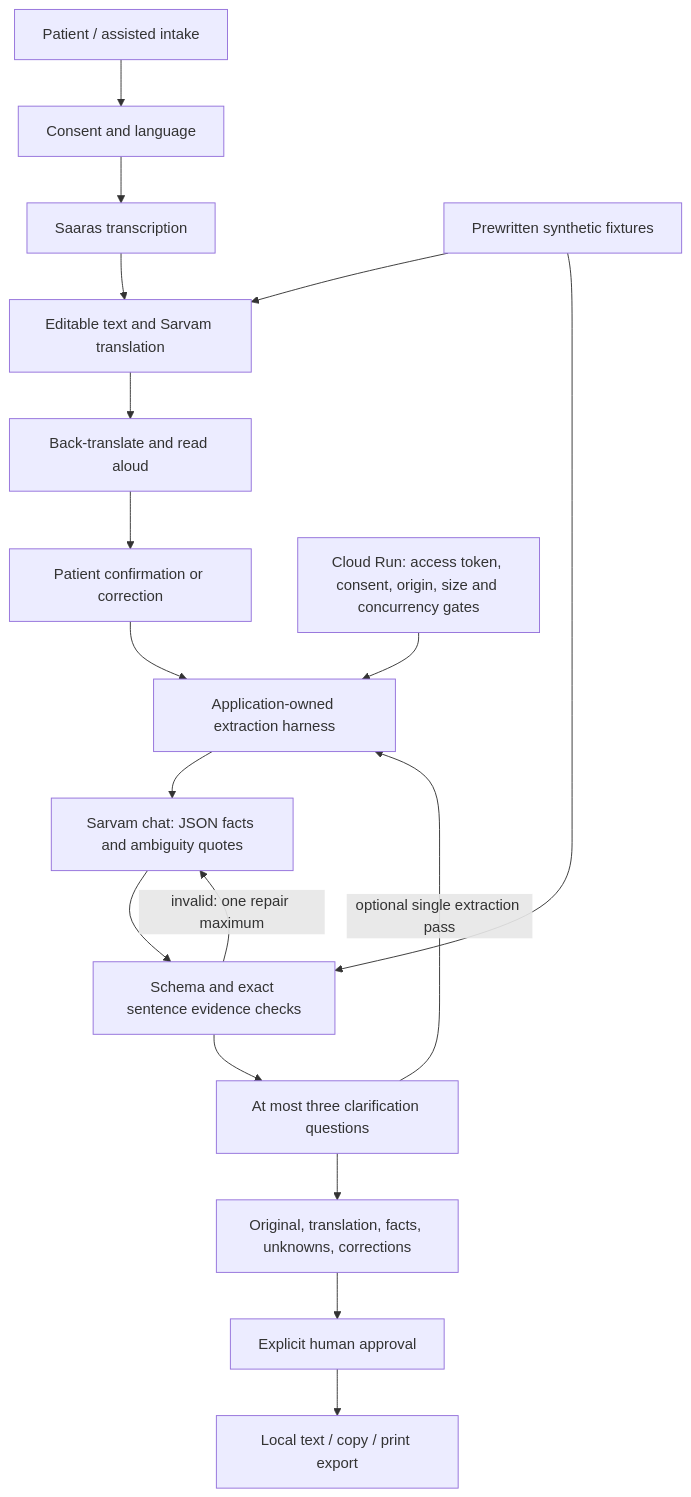
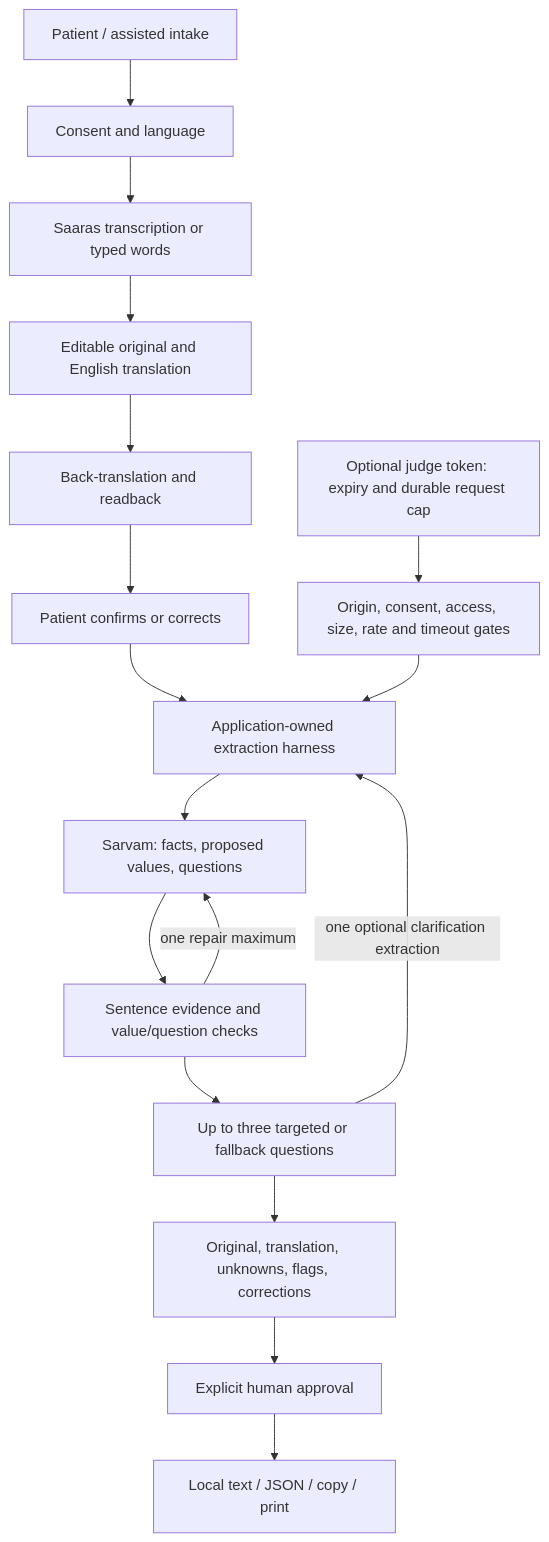
Before and after one commit to gowtham66867/swasthya-saathi: the diagram in docs/architecture.md, drawn with Mermaid. The commit also changed other lines of this file and 37 other files, not shown here.

Commit message:
Add durable capped judge access and complete the v3 demo and documentation

````diff
--- a/docs/architecture.md
+++ b/docs/architecture.md
@@ -3,20 +3,19 @@
 ```mermaid
 flowchart TD
  P[Patient / assisted intake] --> C[Consent and language]
- C --> S[Saaras transcription]
- S --> T[Editable text and Sarvam translation]
- T --> B[Back-translate and read aloud]
- B --> PC[Patient confirmation or correction]
+ C --> S[Saaras transcription or typed words]
+ S --> T[Editable original and English translation]
+ T --> B[Back-translation and readback]
+ B --> PC[Patient confirms or corrects]
  PC --> H[Application-owned extraction harness]
- H --> M[Sarvam chat: JSON facts and ambiguity quotes]
- M --> V[Schema and exact sentence evidence checks]
- V -->|invalid: one repair maximum| M
- V --> Q[At most three clarification questions]
- Q -->|optional single extraction pass| H
- Q --> R[Original, translation, facts, unknowns, corrections]
+ H --> M[Sarvam: facts, proposed values, questions]
+ M --> V[Sentence evidence and value/question checks]
+ V -->|one repair maximum| M
+ V --> Q[Up to three targeted or fallback questions]
+ Q -->|one optional clarification extraction| H
+ Q --> R[Original, translation, unknowns, flags, corrections]
  R --> A[Explicit human approval]
- A --> E[Local text / copy / print export]
- F[Prewritten synthetic fixtures] --> T
- F --> V
- G[Cloud Run: access token, consent, origin, size and concurrency gates] --> H
+ A --> E[Local text / JSON / copy / print]
+ G[Origin, consent, access, size, rate and timeout gates] --> H
+ D[Optional judge token: expiry and durable request cap] --> G
 ```
````
